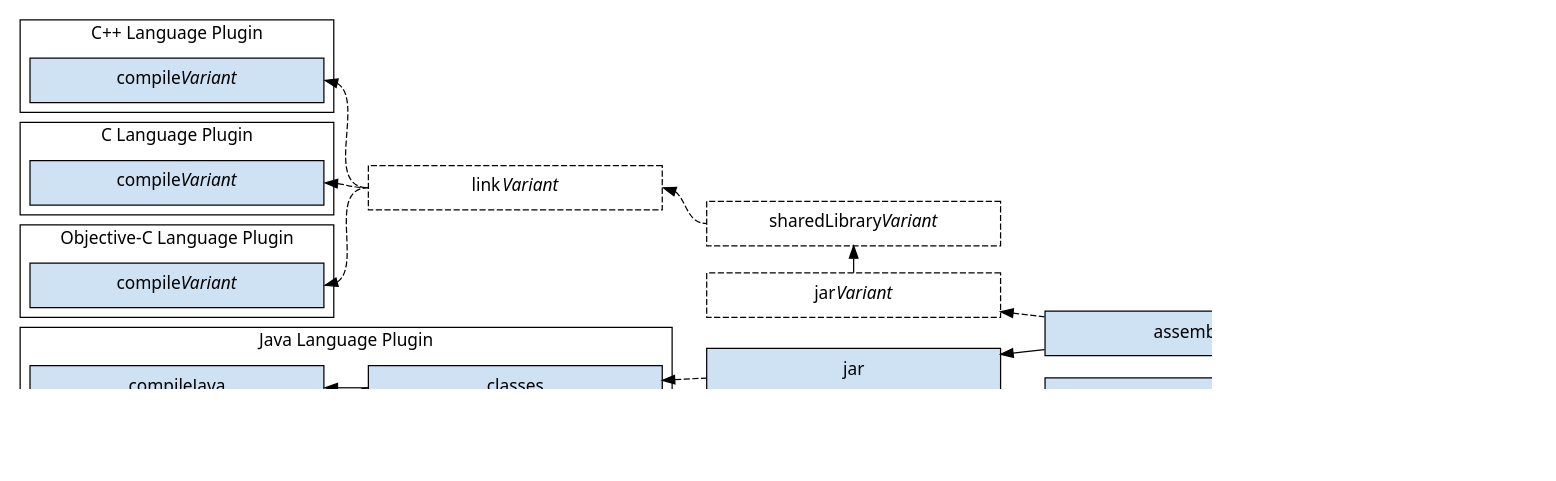
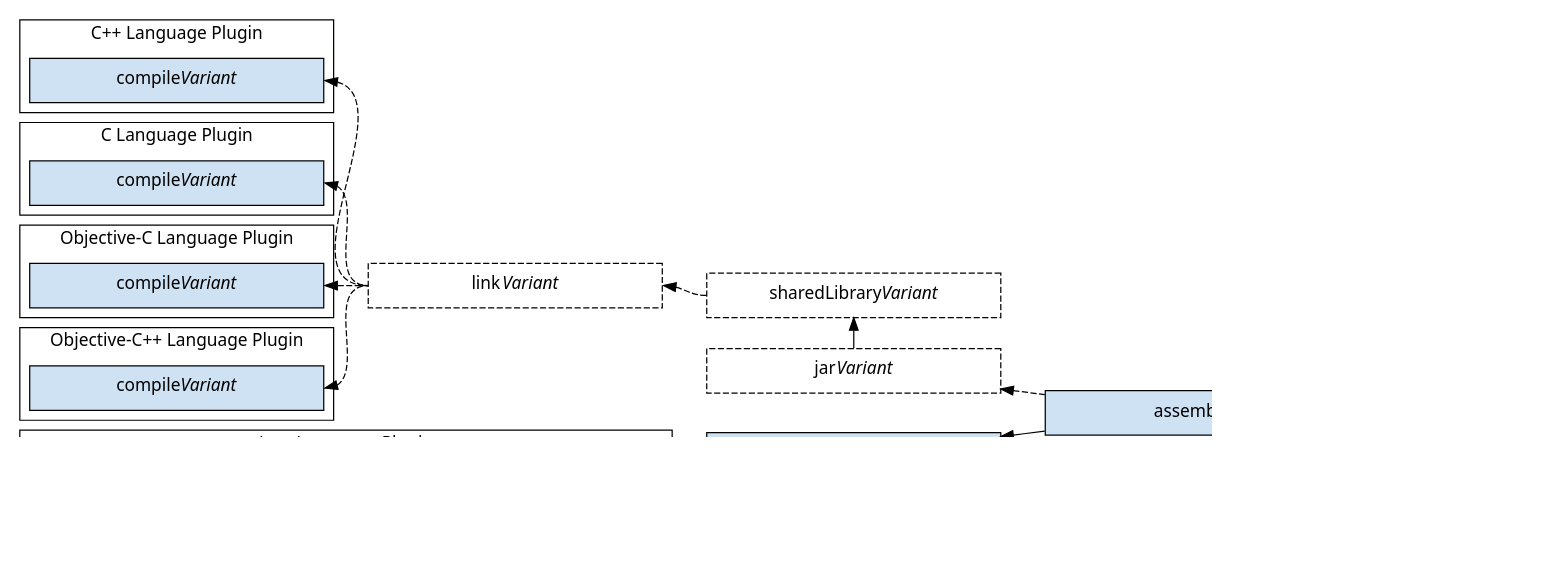
The diagram in subprojects/docs/src/docs/manual/img/jni-library-task-graph.dot (nokeedev/gradle-native), drawn with Graphviz before and after one commit. The commit also changed 12 other files, not shown here.

Commit message:
Add Objective-C++ language documentation

```diff
--- a/subprojects/docs/src/docs/manual/img/jni-library-task-graph.dot
+++ b/subprojects/docs/src/docs/manual/img/jni-library-task-graph.dot
@@ -1,60 +1,67 @@
 digraph jniLibraryTaskGraph {
   graph [ dpi = 100, fontname="Sans"];
   node [fontname = "Sans"];
   edge [fontname = "Sans"];
   node [shape=rectangle, fixedsize=true, width=3.3, height=0.5];
   node [style=filled, fillcolor="#cfe2f3"]
   rankdir=LR
 
   subgraph cluster_cppLanguage {
 	label = "C++ Language Plugin"
 	color = black
 
 	compileCpp [label=<compile<i>Variant</i>>]
   }
 
   subgraph cluster_cLanguage {
 	label = "C Language Plugin"
 	color = black
 
 	compileC [label=<compile<i>Variant</i>>]
   }
 
   subgraph cluster_objectiveCLanguage {
 	label = "Objective-C Language Plugin"
 	color = black
 
 	compileObjC [label=<compile<i>Variant</i>>]
   }
 
+  subgraph cluster_objectiveCppLanguage {
+	label = "Objective-C++ Language Plugin"
+	color = black
+
+	compileObjCpp [label=<compile<i>Variant</i>>]
+  }
+
   subgraph cluster_javaLanguage {
 	label = "Java Language Plugin"
 
 	{compileJava, processResources} -> classes [dir=back headport=w tailport=e]
 	{rank=same compileJava processResources}
   }
 
   // Styling
   link [style=dashed, label=<link<i>Variant</i>>]
   sharedLibrary [style=dashed, label=<sharedLibrary<i>Variant</i>>]
   jarNative [style=dashed, label=<jar<i>Variant</i>>]
   jarJvm [label="jar"]
 
   // link to assemble
-  {compileCpp compileC compileObjC} -> link -> sharedLibrary [dir=back style=dashed headport=w tailport=e]
+  {compileCpp compileC compileObjC compileObjCpp} -> link -> sharedLibrary [dir=back style=dashed headport=w tailport=e]
   sharedLibrary -> jarNative [dir=back]
   {rank=same sharedLibrary jarNative}
   jarNative -> assemble [dir=back style=dashed]
 
   // classes to assemble
   classes -> jarJvm [dir=back style=dashed]
   jarJvm -> assemble [dir=back]
 
   // assemble & check to build
   assemble -> build [dir=back]
   check -> build [dir=back]
 
   // align check & clean
   check -> clean [style=invis]
   {rank=same check clean}
 }
```
